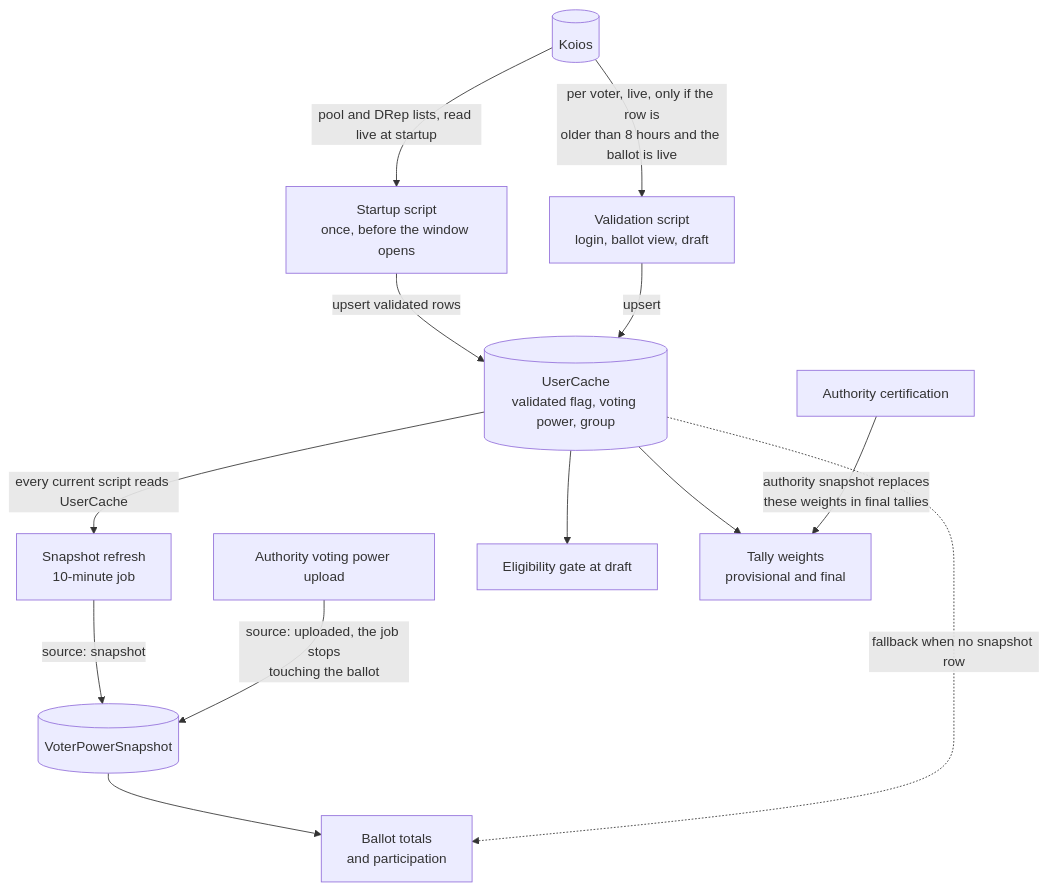
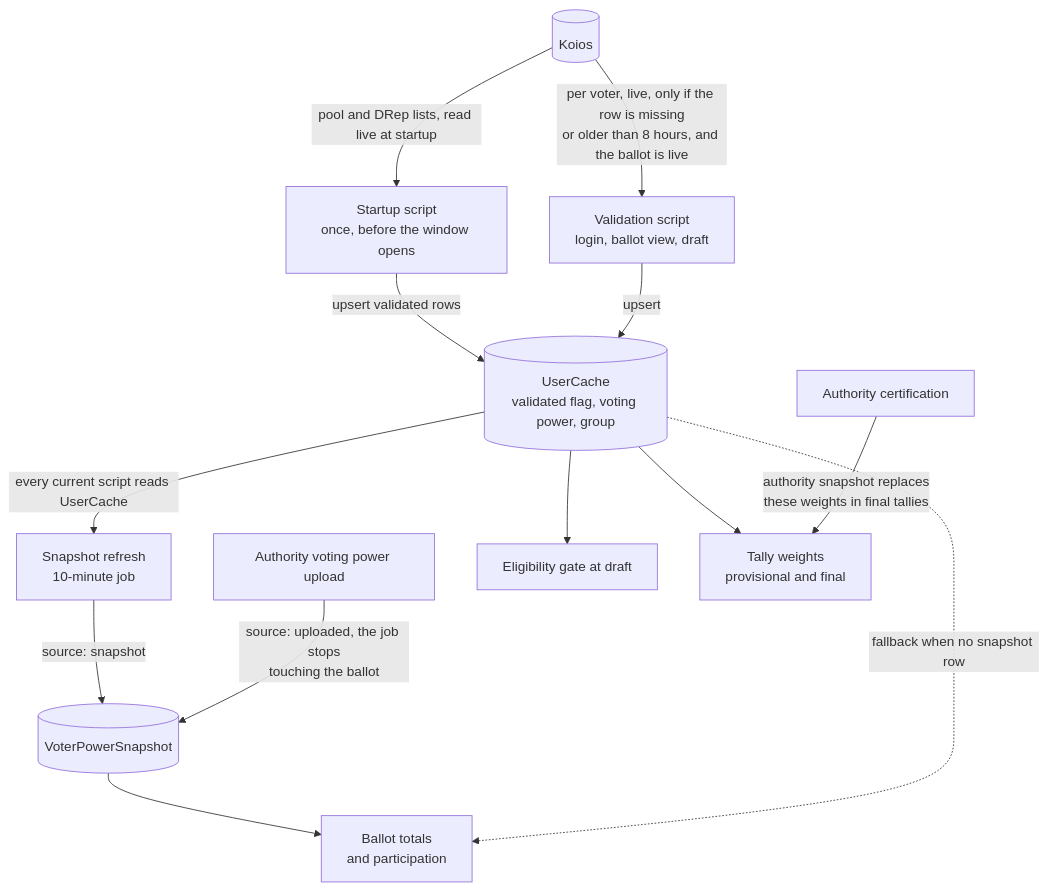
Before and after one commit to lerna-labs/ekklesia-docs: the fifth of 7 diagrams in flowcharts/index.md, drawn with Mermaid. The commit also changed other lines of this file and 1 other file, not shown here.

Commit message:
Address review: remove innerHTML sink, correct Koios, helpers, vote and totals claims

````diff
--- a/flowcharts/index.md
+++ b/flowcharts/index.md
@@ -207,28 +210,28 @@
 ```mermaid
 flowchart TB
   koios[("Koios")]
   su["Startup script<br/>once, before the window opens"]
   vs["Validation script<br/>login, ballot view, draft"]
   uc[("UserCache<br/>validated flag, voting power, group")]
   job["Snapshot refresh<br/>10-minute job"]
   vps[("VoterPowerSnapshot")]
   upload["Authority voting power upload"]
   cert["Authority certification"]
 
   gate["Eligibility gate at draft"]
   tally["Tally weights<br/>provisional and final"]
   totals["Ballot totals<br/>and participation"]
 
   koios -->|"pool and DRep lists, read live at startup"| su
   su -->|"upsert validated rows"| uc
-  koios -->|"per voter, live, only if the row is<br/>older than 8 hours and the ballot is live"| vs
+  koios -->|"per voter, live, only if the row is missing<br/>or older than 8 hours, and the ballot is live"| vs
   vs -->|"upsert"| uc
   uc --> gate
   uc --> tally
   uc -->|"every current script reads UserCache"| job
   job -->|"source: snapshot"| vps
   upload -->|"source: uploaded, the job stops<br/>touching the ballot"| vps
   vps --> totals
   uc -.->|"fallback when no snapshot row"| totals
   cert -->|"authority snapshot replaces<br/>these weights in final tallies"| tally
 ```
````
